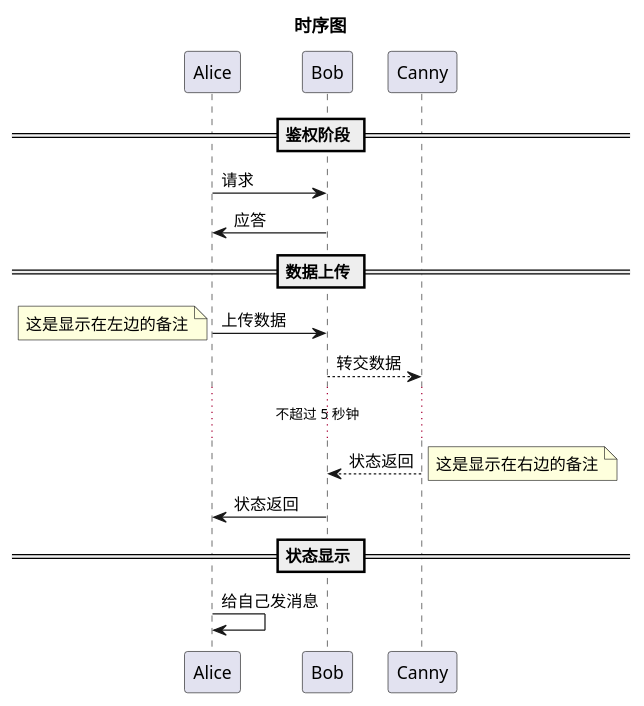
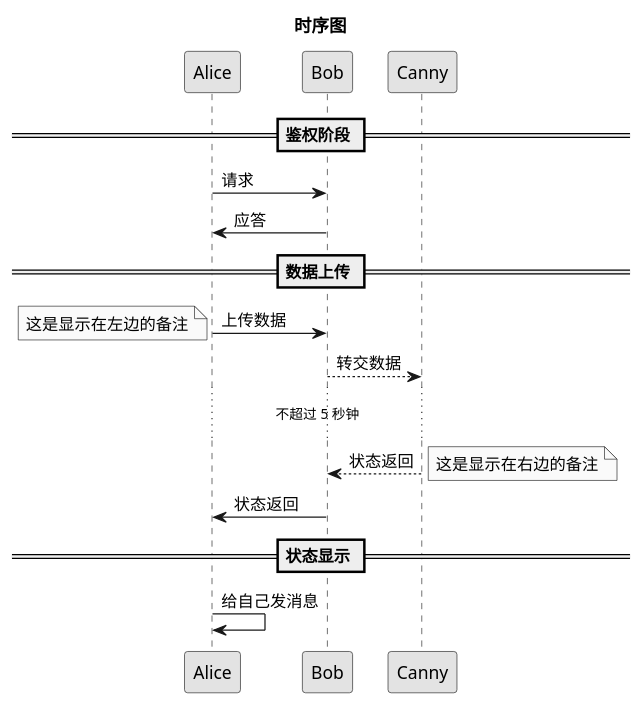
Before and after one commit to Gnosnay/graph-gen: the diagram in plantuml/examples/src/sequence_diagram.wsd, drawn with PlantUML. The commit also changed 1 other file, not shown here.

```diff
--- a/plantuml/examples/src/sequence_diagram.wsd
+++ b/plantuml/examples/src/sequence_diagram.wsd
@@ -1,26 +1,29 @@
 @startuml
+skinparam shadowing false
+skinparam monochrome true 
+skinparam backgroundColor white
 
 title 时序图
 
 == 鉴权阶段 ==
 
 Alice -> Bob: 请求
 Bob -> Alice: 应答
 
 == 数据上传 ==
 
 Alice -> Bob: 上传数据
 note left: 这是显示在左边的备注
 
 Bob --> Canny: 转交数据
 ... 不超过 5 秒钟 ...
 Canny --> Bob: 状态返回
 note right: 这是显示在右边的备注
 
 Bob -> Alice: 状态返回
 
 == 状态显示 ==
 
 Alice -> Alice: 给自己发消息
 
 @enduml
```
